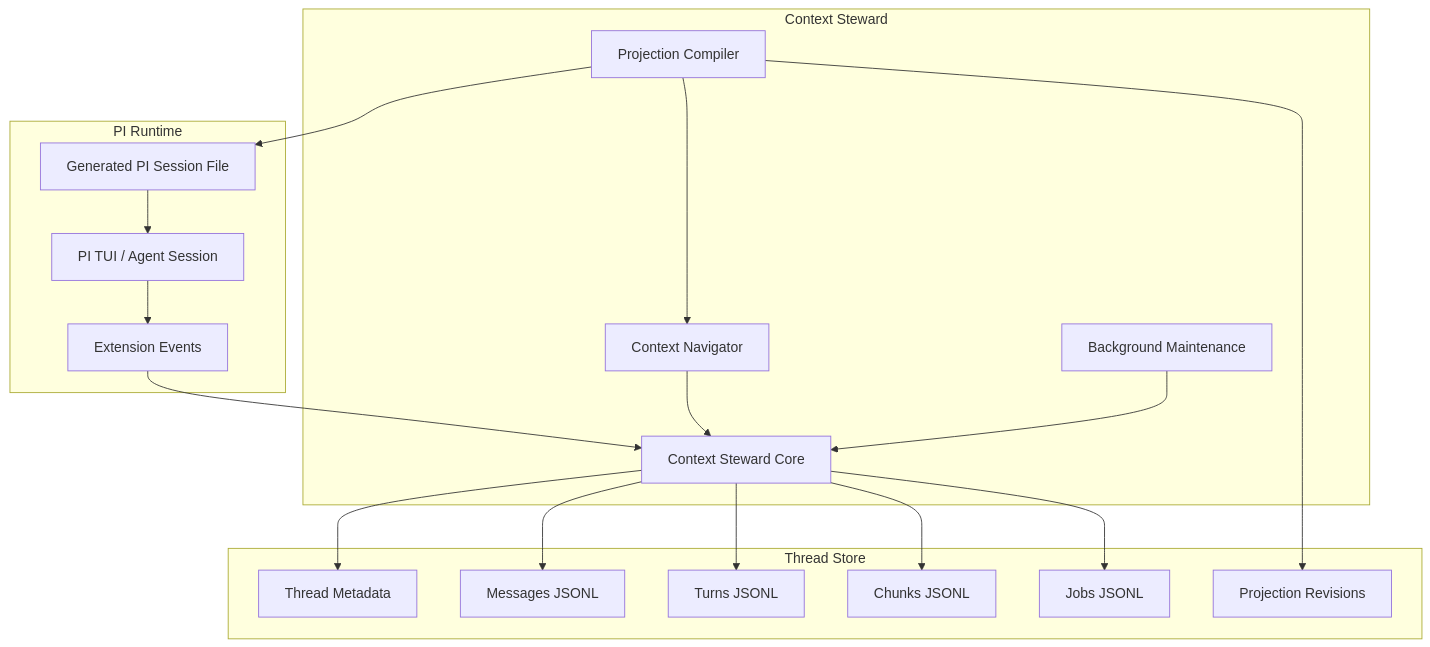
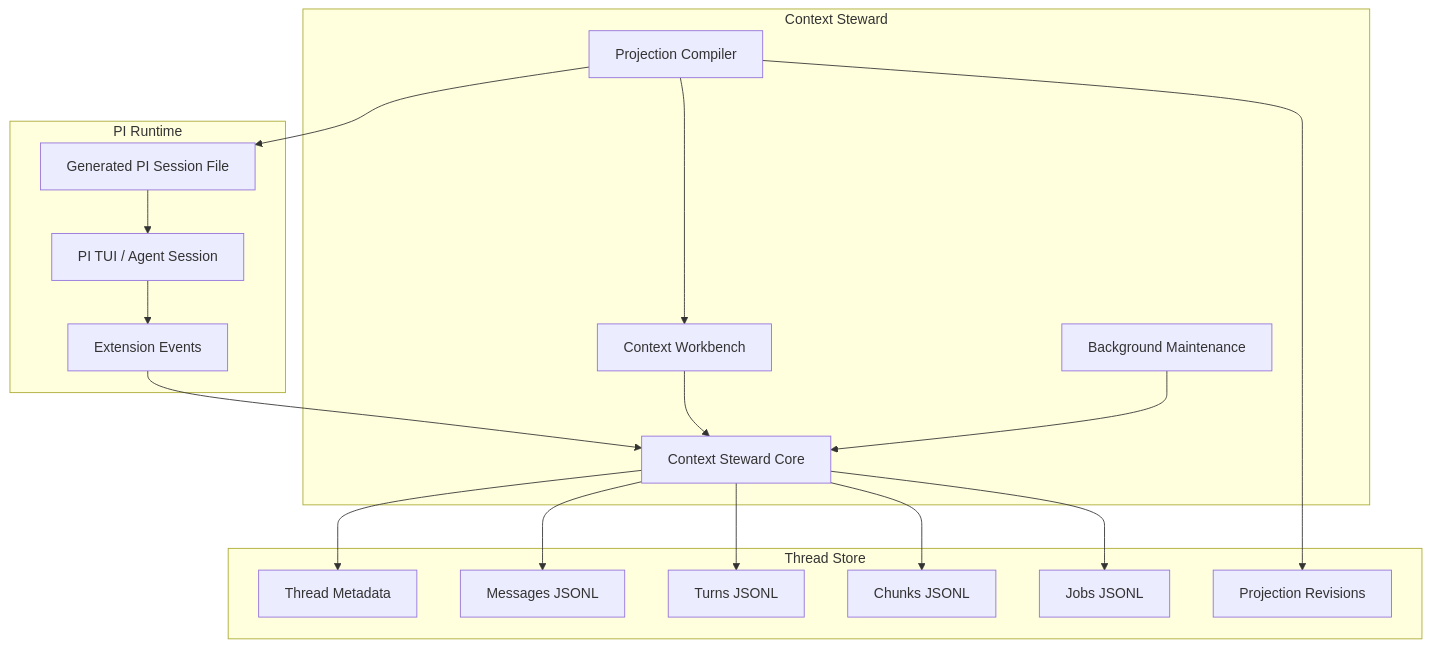
One commit to liminal-ai/pi-long-horizon changed the first of 4 diagrams in docs/spec-build/technical-architecture.md. Above: the diagram before and after it, drawn with Mermaid. The commit also changed other lines of this file and 14 other files, not shown here.

First line of the commit message:
Epic 2: Context Workbench spec pack with tech design, stories, and Feature 3 addendum

````diff
--- a/docs/spec-build/technical-architecture.md
+++ b/docs/spec-build/technical-architecture.md
@@ -38,38 +38,38 @@
 ```mermaid
 flowchart TD
     subgraph PIRuntime["PI Runtime"]
         PI["PI TUI / Agent Session"]
         PIEvents["Extension Events"]
         PISession["Generated PI Session File"]
     end
 
     subgraph Steward["Context Steward"]
         Core["Context Steward Core"]
-        Navigator["Context Navigator"]
+        Workbench["Context Workbench"]
         Jobs["Background Maintenance"]
         Compiler["Projection Compiler"]
     end
 
     subgraph Store["Thread Store"]
         Thread["Thread Metadata"]
         Messages["Messages JSONL"]
         Turns["Turns JSONL"]
         Chunks["Chunks JSONL"]
         JobLog["Jobs JSONL"]
         Projections["Projection Revisions"]
     end
 
     PI --> PIEvents
     PIEvents --> Core
     Core --> Thread
     Core --> Messages
     Core --> Turns
     Core --> Chunks
     Core --> JobLog
-    Navigator --> Core
+    Workbench --> Core
     Jobs --> Core
-    Compiler --> Navigator
+    Compiler --> Workbench
     Compiler --> Projections
     Compiler --> PISession
     PISession --> PI
 ```
````
